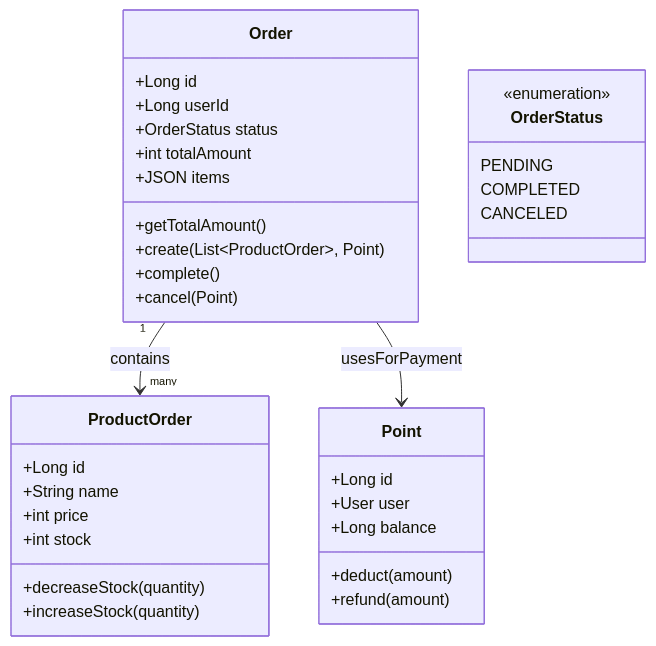
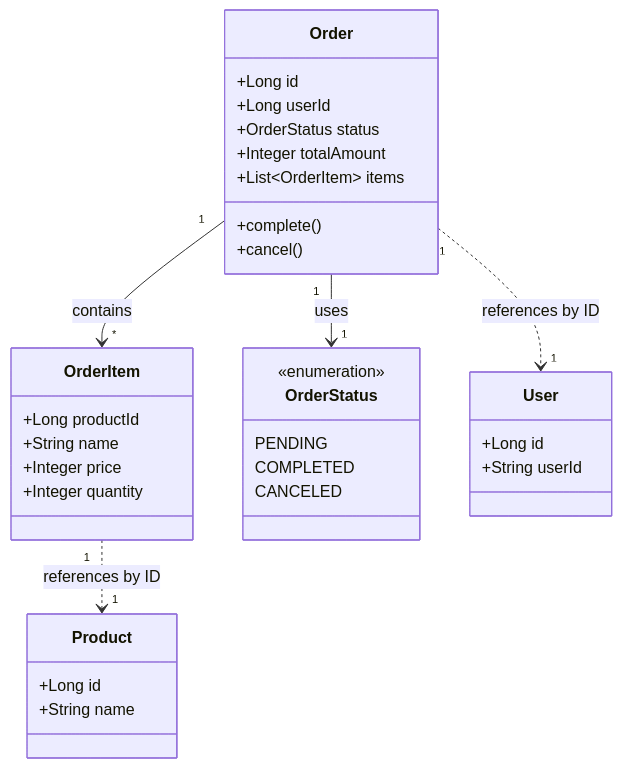
Before and after one commit to Loopers-dev-lab/loopers-spring-java-template: the fourth of 8 diagrams in .docs/design/03-class-diagram.md, drawn with Mermaid. The commit also changed other lines of this file and 3 other files, not shown here.

````diff
--- a/.docs/design/03-class-diagram.md
+++ b/.docs/design/03-class-diagram.md
@@ -63,42 +165,42 @@
 ```mermaid
 classDiagram
 
     class Order {
         +Long id
         +Long userId
         +OrderStatus status
-        +int totalAmount
-        +JSON items
-        +getTotalAmount()
-        +create(List~ProductOrder~, Point)
+        +Integer totalAmount
+        +List~OrderItem~ items
         +complete()
-        +cancel(Point)
+        +cancel()
     }
 
-    class ProductOrder {
-        +Long id
+    class OrderItem {
+        +Long productId
         +String name
-        +int price
-        +int stock
-        +decreaseStock(quantity)
-        +increaseStock(quantity)
-    }
-
-    class Point {
-        +Long id
-        +User user
-        +Long balance
-        +deduct(amount)
-        +refund(amount)
+        +Integer price
+        +Integer quantity
     }
 
     class OrderStatus {
         <<enumeration>>
         PENDING
         COMPLETED
         CANCELED
     }
 
-    Order "1" --> "many" ProductOrder : contains
-    Order --> Point : usesForPayment
+    class User {
+        +Long id
+        +String userId
+    }
+
+    class Product {
+        +Long id
+        +String name
+    }
+
+    Order "1" --> "*" OrderItem : contains
+    Order "1" --> "1" OrderStatus : uses
+    Order "1" ..> "1" User : references by ID
+    OrderItem "1" ..> "1" Product : references by ID
 ```
````
